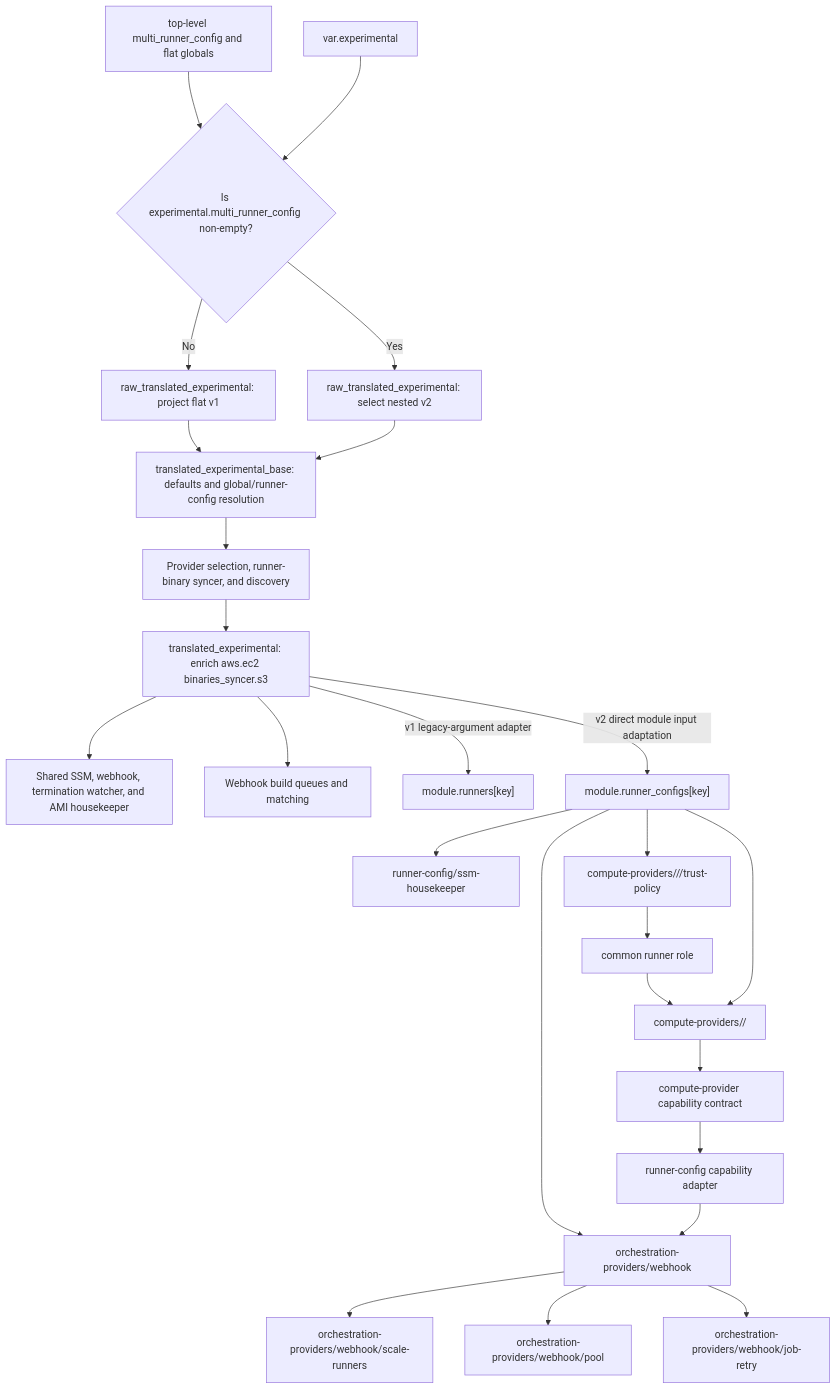
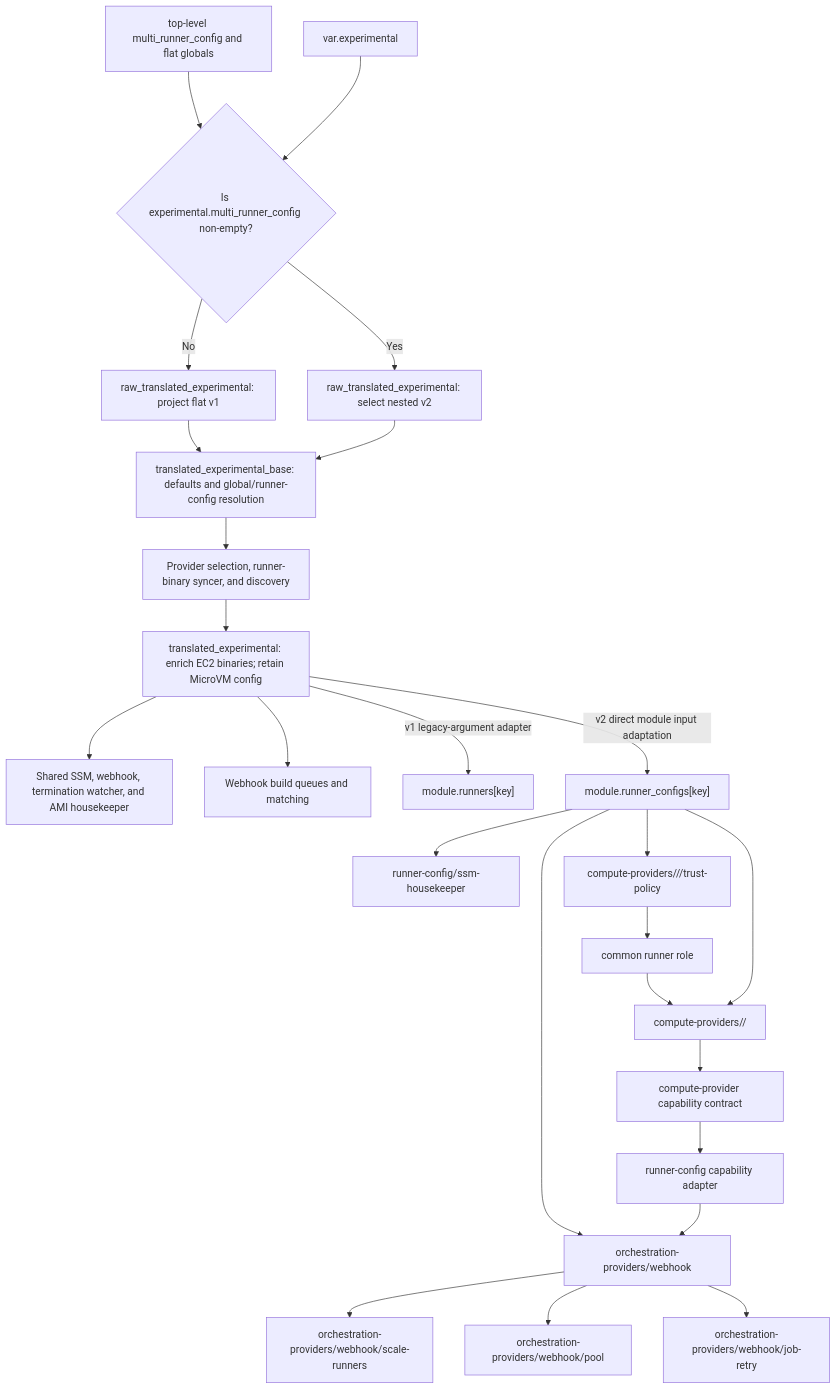
The diagram in docs/modules/internal/compute-provider-refactor.md (github-aws-runners/terraform-aws-github-runner), drawn with Mermaid before and after one commit. The commit also changed other lines of this file and 8 other files, not shown here.

````diff
--- a/docs/modules/internal/compute-provider-refactor.md
+++ b/docs/modules/internal/compute-provider-refactor.md
@@ -69,27 +69,27 @@
 ```mermaid
 flowchart TD
   Stable["top-level multi_runner_config and flat globals"] --> Select{"Is experimental.multi_runner_config non-empty?"}
   Experimental["var.experimental"] --> Select
   Select -->|No| V1["raw_translated_experimental: project flat v1"]
   Select -->|Yes| V2["raw_translated_experimental: select nested v2"]
   V1 --> Base["translated_experimental_base: defaults and global/runner-config resolution"]
   V2 --> Base
   Base --> Discovery["Provider selection, runner-binary syncer, and discovery"]
-  Discovery --> Final["translated_experimental: enrich aws.ec2 binaries_syncer.s3"]
+  Discovery --> Final["translated_experimental: enrich EC2 binaries; retain MicroVM config"]
   Final --> Singleton["Shared SSM, webhook, termination watcher, and AMI housekeeper"]
   Final --> Shared["Webhook build queues and matching"]
   Final -->|v1 legacy-argument adapter| Legacy["module.runners[key]"]
   Final -->|v2 direct module input adaptation| RunnerConfig["module.runner_configs[key]"]
   RunnerConfig --> Orchestration["orchestration-providers/webhook"]
   Orchestration --> Scaling["orchestration-providers/webhook/scale-runners"]
   Orchestration --> Pool["orchestration-providers/webhook/pool"]
   Orchestration --> Retry["orchestration-providers/webhook/job-retry"]
   RunnerConfig --> Housekeeper["runner-config/ssm-housekeeper"]
   RunnerConfig --> Trust["compute-providers/<namespace>/<provider>/trust-policy"]
   Trust --> Role["common runner role"]
   Role --> Provider
   RunnerConfig --> Provider["compute-providers/<namespace>/<provider>"]
   Provider --> Contract["compute-provider capability contract"]
   Contract --> Adapter["runner-config capability adapter"]
   Adapter --> Orchestration
 ```
````
